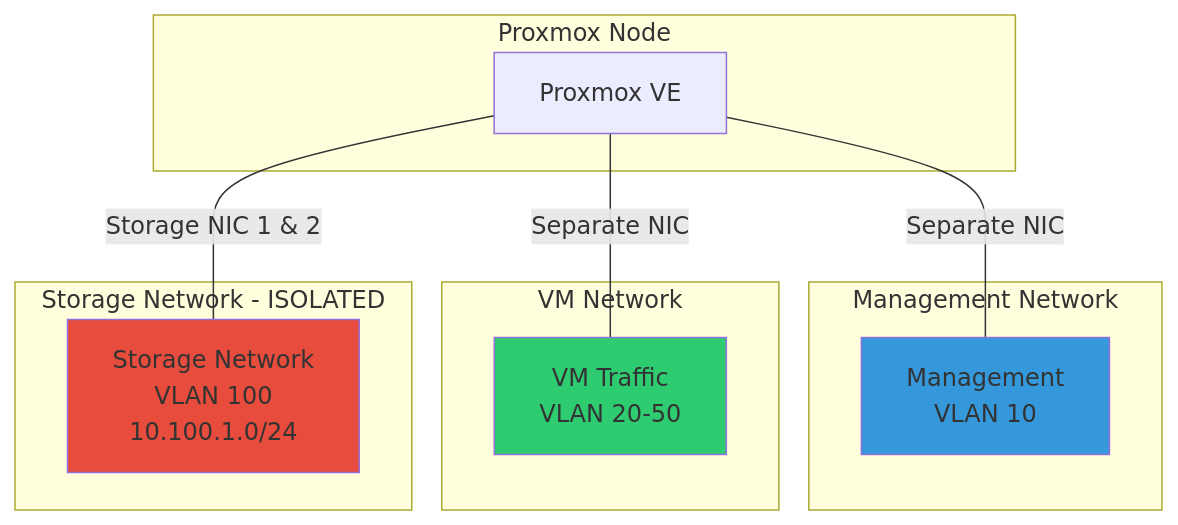
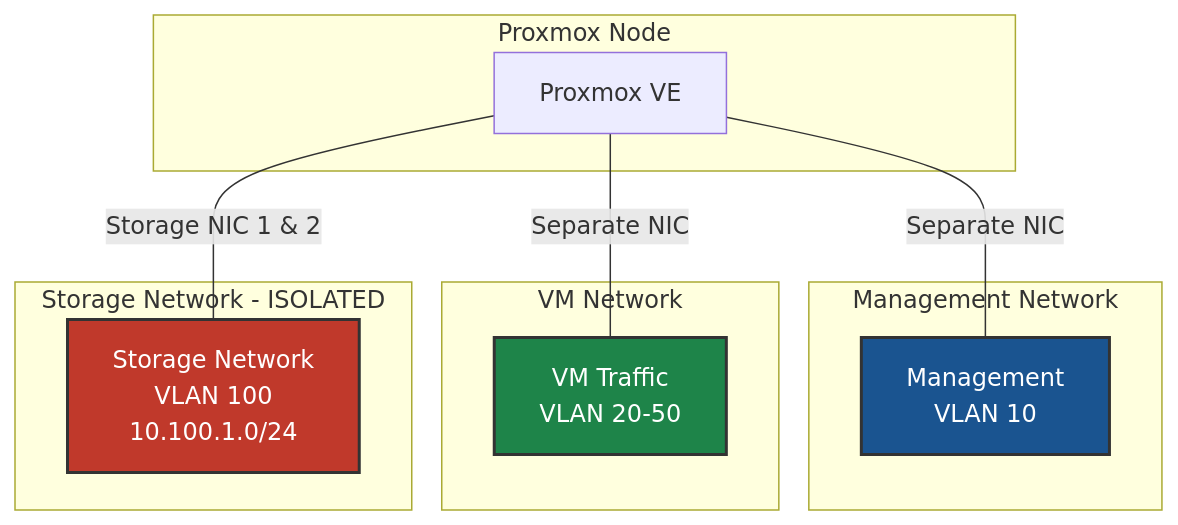
One commit to khensler/Quickstart-Guides changed the seventh of 8 diagrams in Proxmox/nvme-tcp/BEST-PRACTICES.md. Above: the diagram before and after it, drawn with Mermaid. The commit also changed other lines of this file and 106 other files, not shown here.

````diff
--- a/Proxmox/nvme-tcp/BEST-PRACTICES.md
+++ b/Proxmox/nvme-tcp/BEST-PRACTICES.md
@@ -1437,26 +1462,26 @@
 ```mermaid
 graph TB
     subgraph "Management Network"
         MGMT[Management<br/>VLAN 10]
     end
 
     subgraph "VM Network"
         VM[VM Traffic<br/>VLAN 20-50]
     end
 
     subgraph "Storage Network - ISOLATED"
         STORAGE[Storage Network<br/>VLAN 100<br/>10.100.1.0/24]
     end
 
     subgraph "Proxmox Node"
         NODE[Proxmox VE]
     end
 
     NODE ---|Separate NIC| MGMT
     NODE ---|Separate NIC| VM
     NODE ---|Storage NIC 1 & 2| STORAGE
 
-    style STORAGE fill:#e74c3c
-    style MGMT fill:#3498db
-    style VM fill:#2ecc71
+    style STORAGE fill:#c0392b,stroke:#333,stroke-width:2px,color:#fff
+    style MGMT fill:#1a5490,stroke:#333,stroke-width:2px,color:#fff
+    style VM fill:#1e8449,stroke:#333,stroke-width:2px,color:#fff
 ```
````
